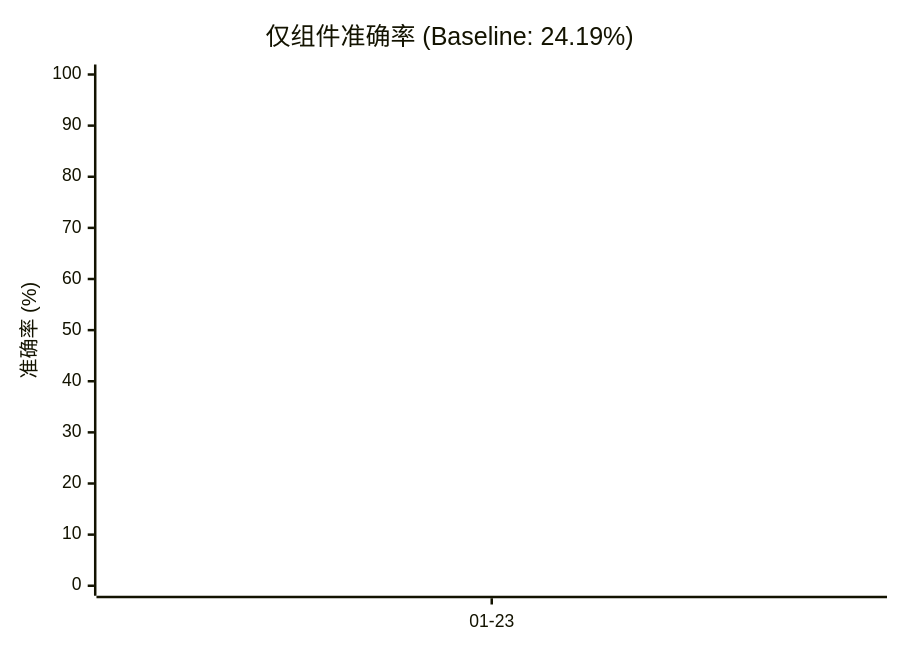
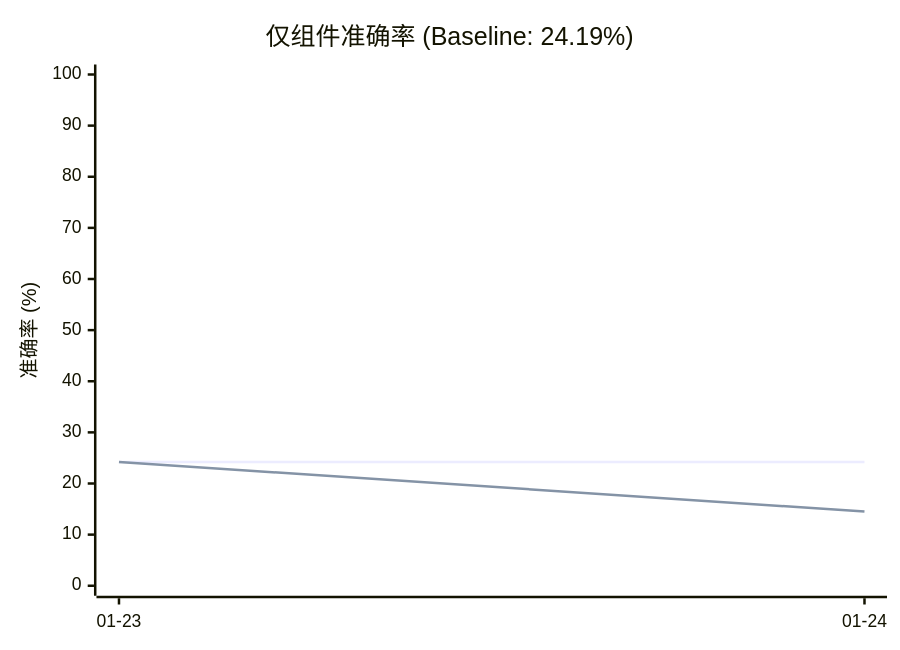
The third of 7 diagrams in evaluation/README.md (gongxh13/rca-agent), drawn with Mermaid before and after one commit. The commit also changed other lines of this file, not shown here.

````diff
--- a/evaluation/README.md
+++ b/evaluation/README.md
@@ -81,8 +82,8 @@
 ```mermaid
 xychart-beta
     title "仅组件准确率 (Baseline: 24.19%)"
-    x-axis ["01-23"]
+    x-axis ["01-23", "01-24"]
     y-axis "准确率 (%)" 0 --> 100
-    line [24.19]
-    line [24.19]
+    line [24.19, 24.19]
+    line [24.19, 14.52]
 ```
````
